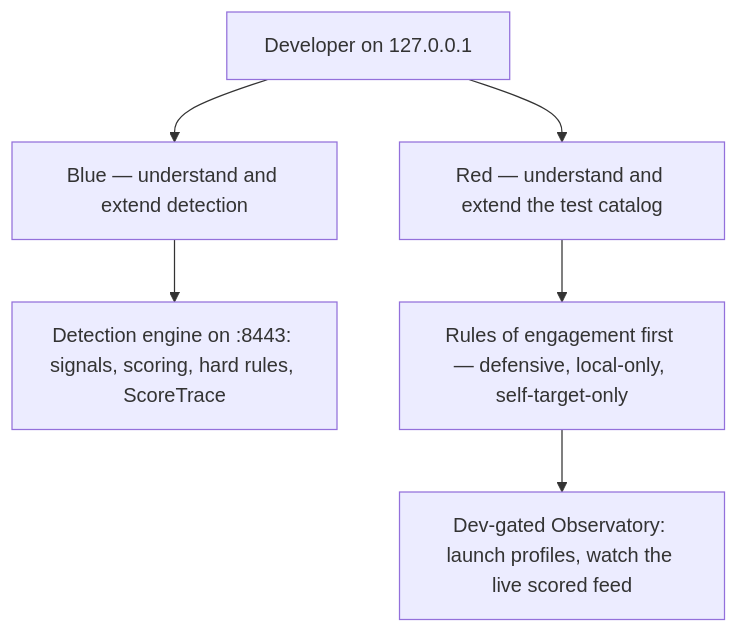
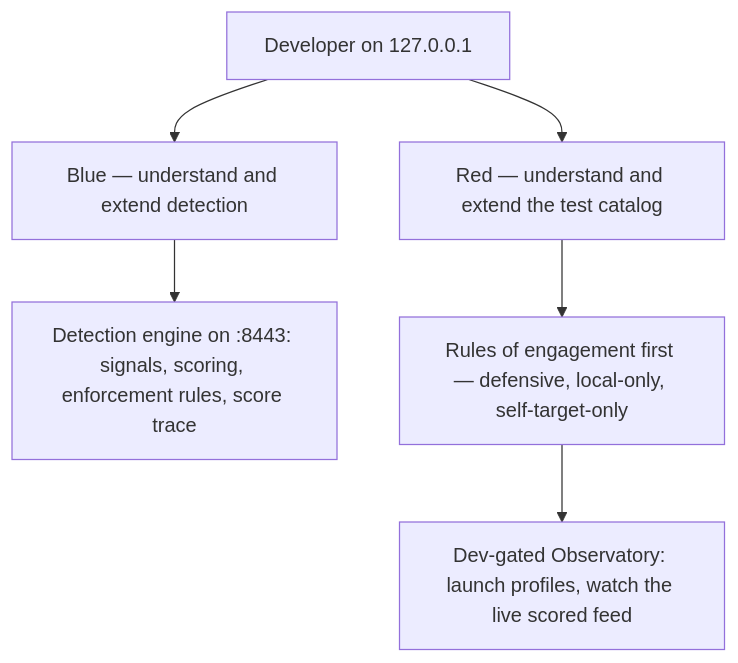
One commit to modootoday/humanymous changed the diagram in docs/start-here/developer.md. Above: the diagram before and after it, drawn with Mermaid. The commit also changed other lines of this file and 77 other files, not shown here.

````diff
--- a/docs/start-here/developer.md
+++ b/docs/start-here/developer.md
@@ -17,8 +19,8 @@
 ```mermaid
 flowchart TD
   D["Developer on 127.0.0.1"] --> BL["Blue — understand and extend detection"]
   D --> RD["Red — understand and extend the test catalog"]
-  BL --> BE["Detection engine on :8443: signals, scoring, hard rules, ScoreTrace"]
+  BL --> BE["Detection engine on :8443: signals, scoring, enforcement rules, score trace"]
   RD --> ROE["Rules of engagement first — defensive, local-only, self-target-only"]
   ROE --> OBS["Dev-gated Observatory: launch profiles, watch the live scored feed"]
 ```
````
